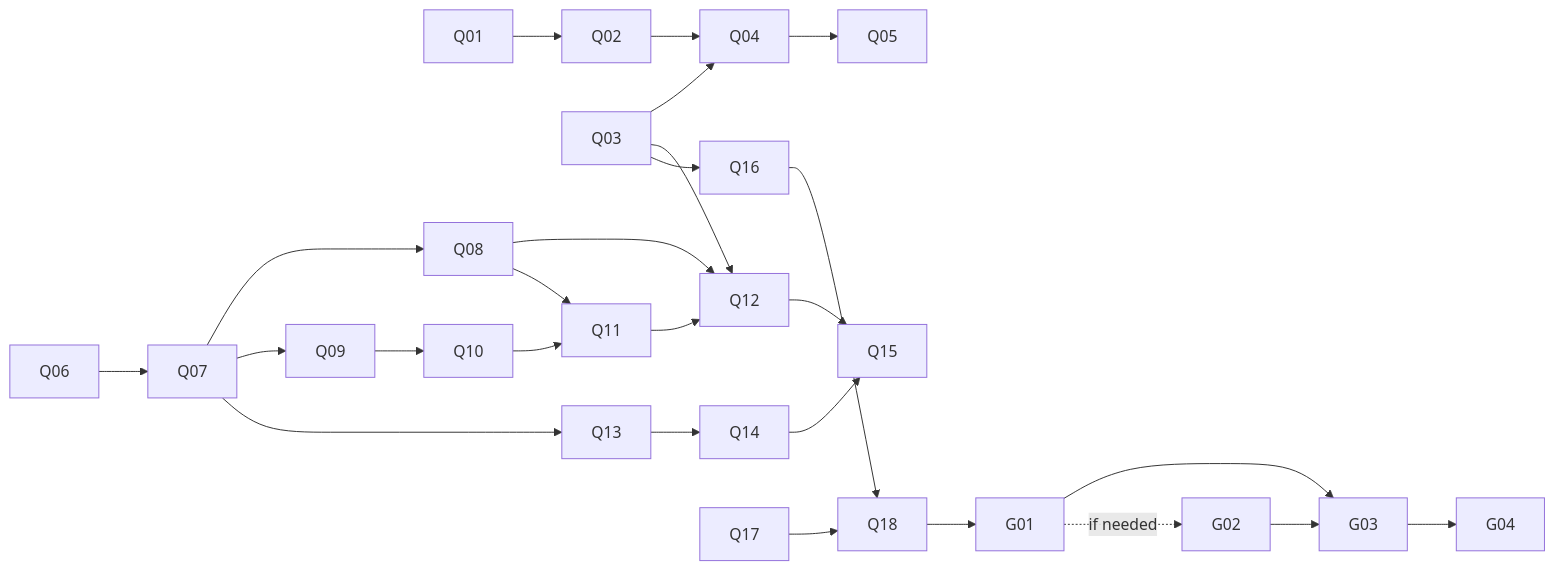
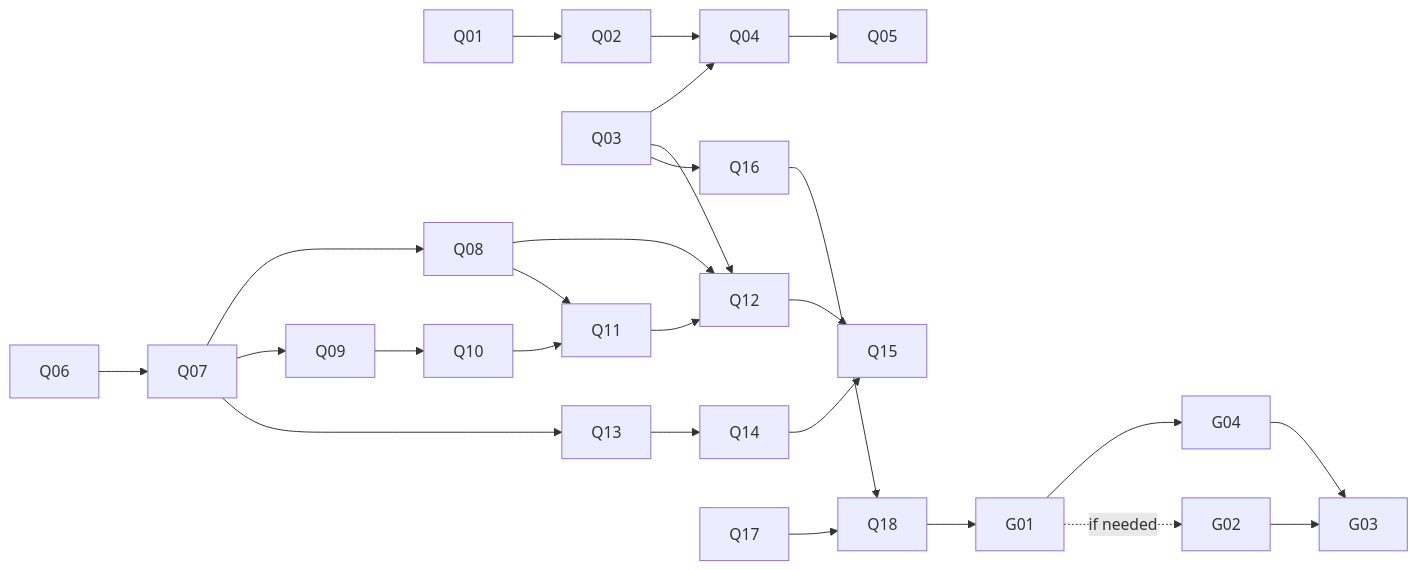
Before and after one commit to albertocavalcante/gvy: the second of 2 diagrams in kb/INCREMENTAL_REPARSE_DELIVERY_PLAN.md, drawn with Mermaid. The commit also changed other lines of this file and 3 other files, not shown here.

````diff
--- a/kb/INCREMENTAL_REPARSE_DELIVERY_PLAN.md
+++ b/kb/INCREMENTAL_REPARSE_DELIVERY_PLAN.md
@@ -581,13 +590,14 @@
 ```mermaid
 flowchart LR
     Q01 --> Q02 --> Q04 --> Q05
     Q03 --> Q04
     Q06 --> Q07 --> Q08 --> Q12 --> Q15
     Q07 --> Q09 --> Q10 --> Q11 --> Q12
     Q08 --> Q11
     Q07 --> Q13 --> Q14 --> Q15
     Q03 --> Q12
     Q03 --> Q16 --> Q18
-    Q17 --> Q18 --> G01 --> G03 --> G04
+    Q17 --> Q18 --> G01 --> G04
+    G04 --> G03
     G01 -. if needed .-> G02 --> G03
 ```
````
